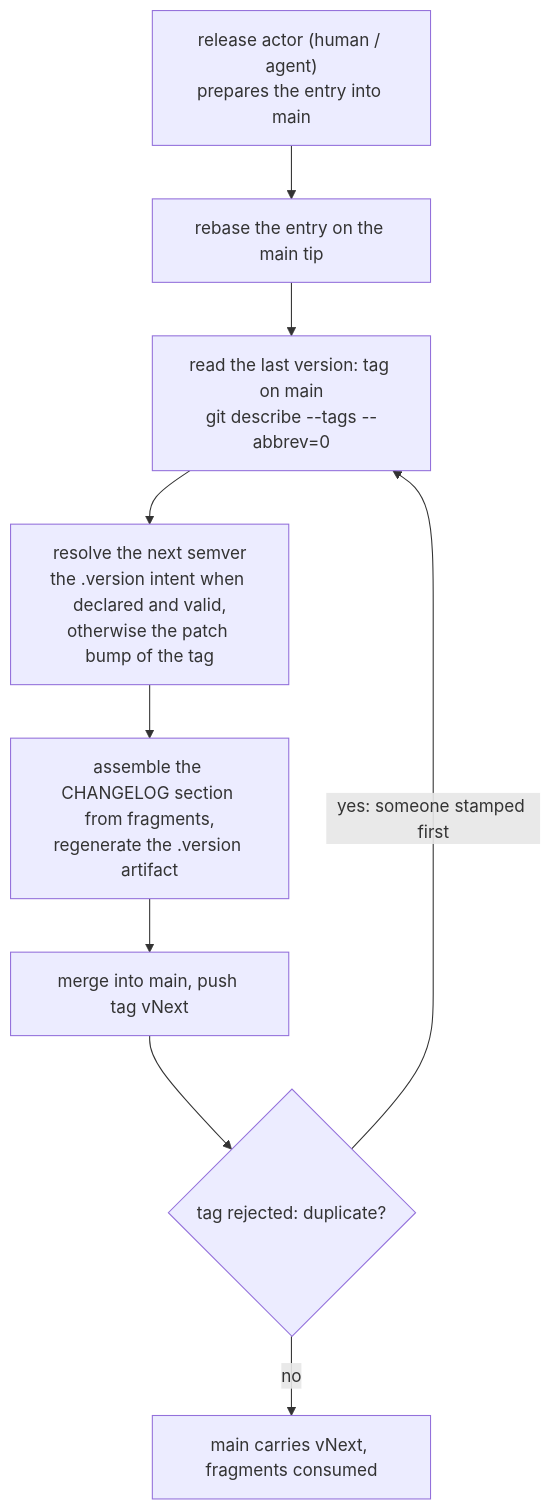
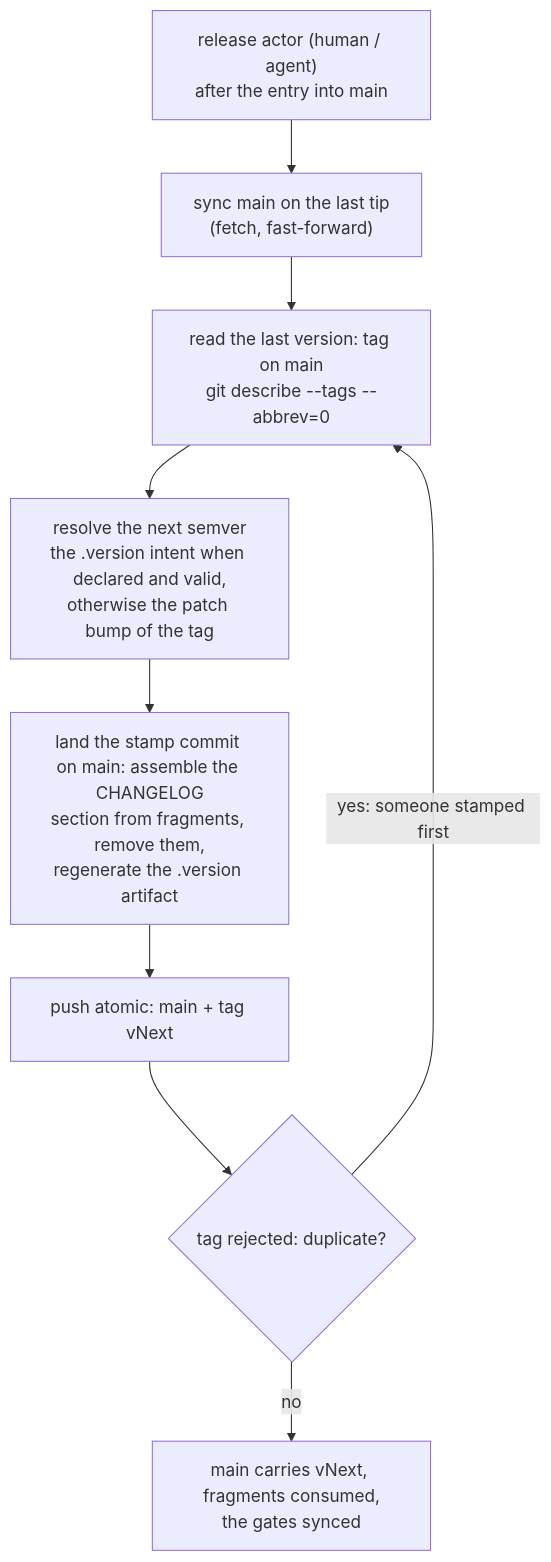
Before and after one commit to rosinfotech/standards: the diagram in standards/git-flow-standard/rule-2610092122.md, drawn with Mermaid. The commit also changed other lines of this file and 48 other files, not shown here.

Commit message:
0.6.1: Changed: The stamp protocol moved to seal-on-main for variants #4-#5

````diff
--- a/standards/git-flow-standard/rule-2610092122.md
+++ b/standards/git-flow-standard/rule-2610092122.md
@@ -53,11 +53,11 @@
     ```mermaid
     flowchart TD
-        A["release actor (human / agent)<br>prepares the entry into main"] --> B["rebase the entry on the main tip"]
+        A["release actor (human / agent)<br>after the entry into main"] --> B["sync main on the last tip<br>(fetch, fast-forward)"]
         B --> C["read the last version: tag on main<br>git describe --tags --abbrev=0"]
         C --> D["resolve the next semver<br>the .version intent when declared and valid,<br>otherwise the patch bump of the tag"]
-        D --> E["assemble the CHANGELOG section from fragments,<br>regenerate the .version artifact"]
-        E --> F["merge into main, push tag vNext"]
+        D --> E["land the stamp commit on main: assemble the CHANGELOG<br>section from fragments, remove them,<br>regenerate the .version artifact"]
+        E --> F["push atomic: main + tag vNext"]
         F --> G{"tag rejected: duplicate?"}
         G -->|"yes: someone stamped first"| C
-        G -->|"no"| H["main carries vNext, fragments consumed"]
+        G -->|"no"| H["main carries vNext, fragments consumed,<br>the gates synced"]
     ```
````
